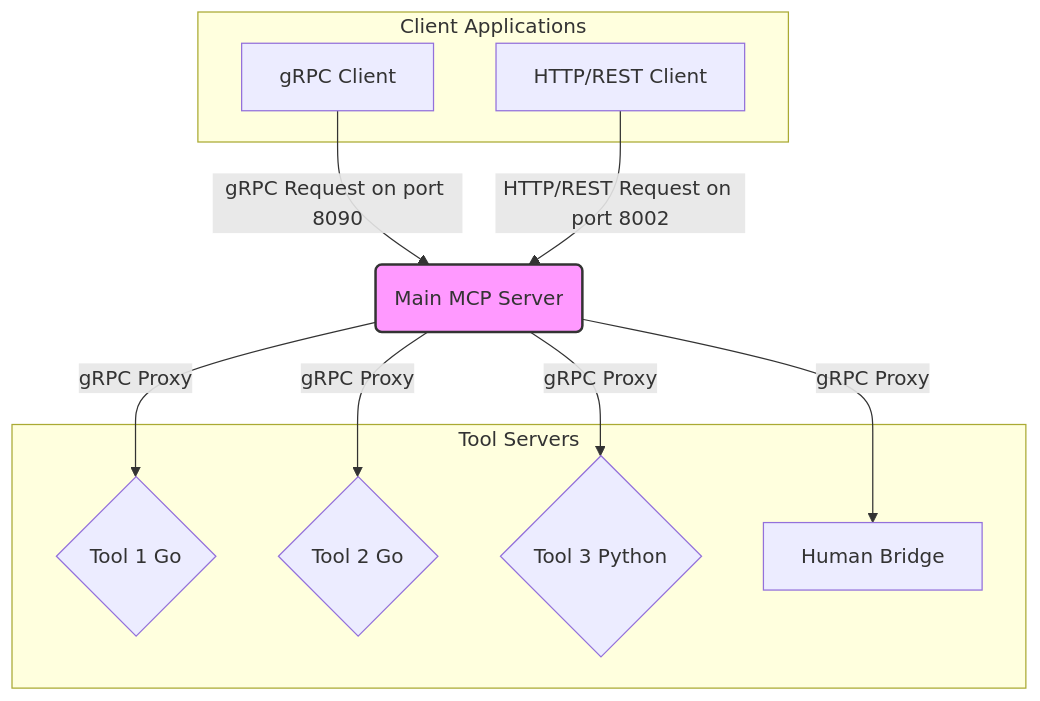
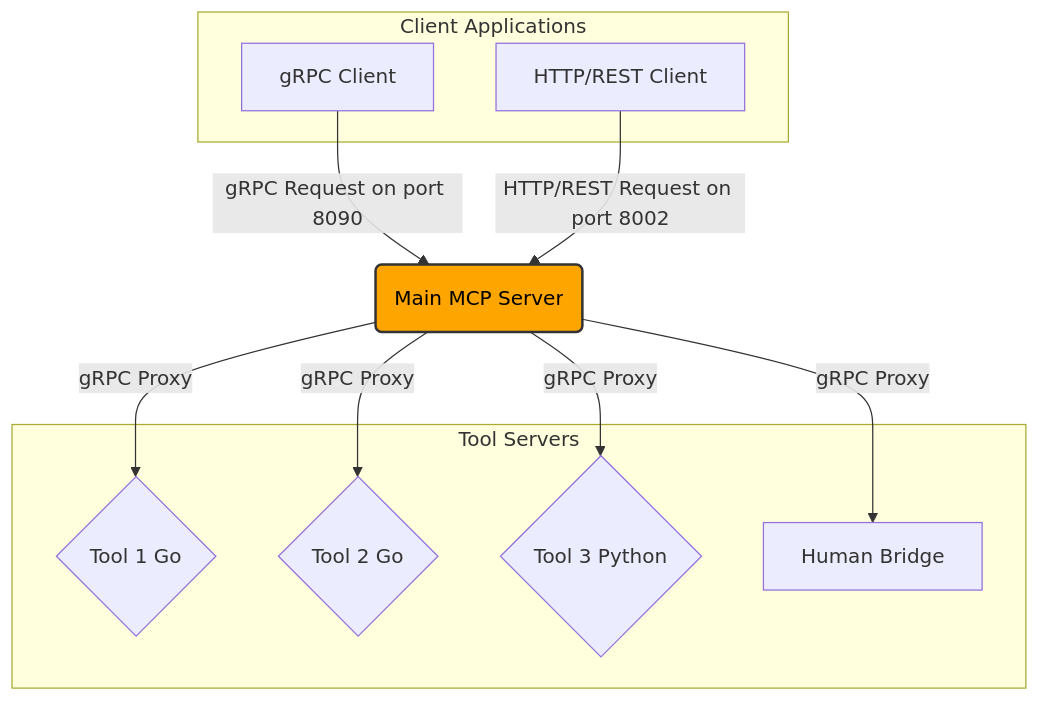
Before and after one commit to Lotargo/MCP-NG: the first of 2 diagrams in README.md, drawn with Mermaid. The commit also changed other lines of this file, not shown here.

````diff
--- a/README.md
+++ b/README.md
@@ -37,24 +37,24 @@
 ```mermaid
 graph TD
     subgraph "Client Applications"
         A[gRPC Client]
         H[HTTP/REST Client]
     end
 
     A -->|gRPC Request on port 8090| B(Main MCP Server);
     H -->|HTTP/REST Request on port 8002| B;
 
     B -->|gRPC Proxy| C{Tool 1 Go};
     B -->|gRPC Proxy| D{Tool 2 Go};
     B -->|gRPC Proxy| E{Tool 3 Python};
     B -->|gRPC Proxy| F[Human Bridge];
 
     subgraph "Tool Servers"
         C
         D
         E
         F
     end
 
-    style B fill:#f9f,stroke:#333,stroke-width:2px
+    style B fill:#ffa500,stroke:#333,stroke-width:2px,color:#000
 ```
````
